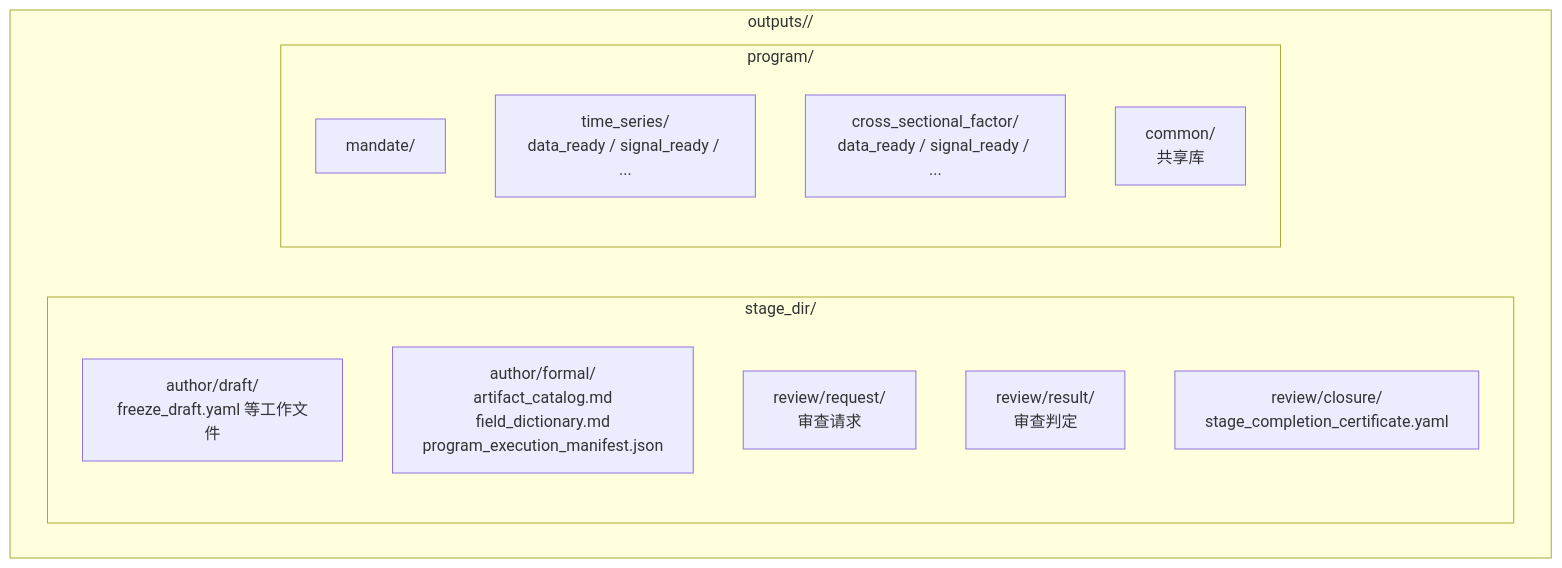
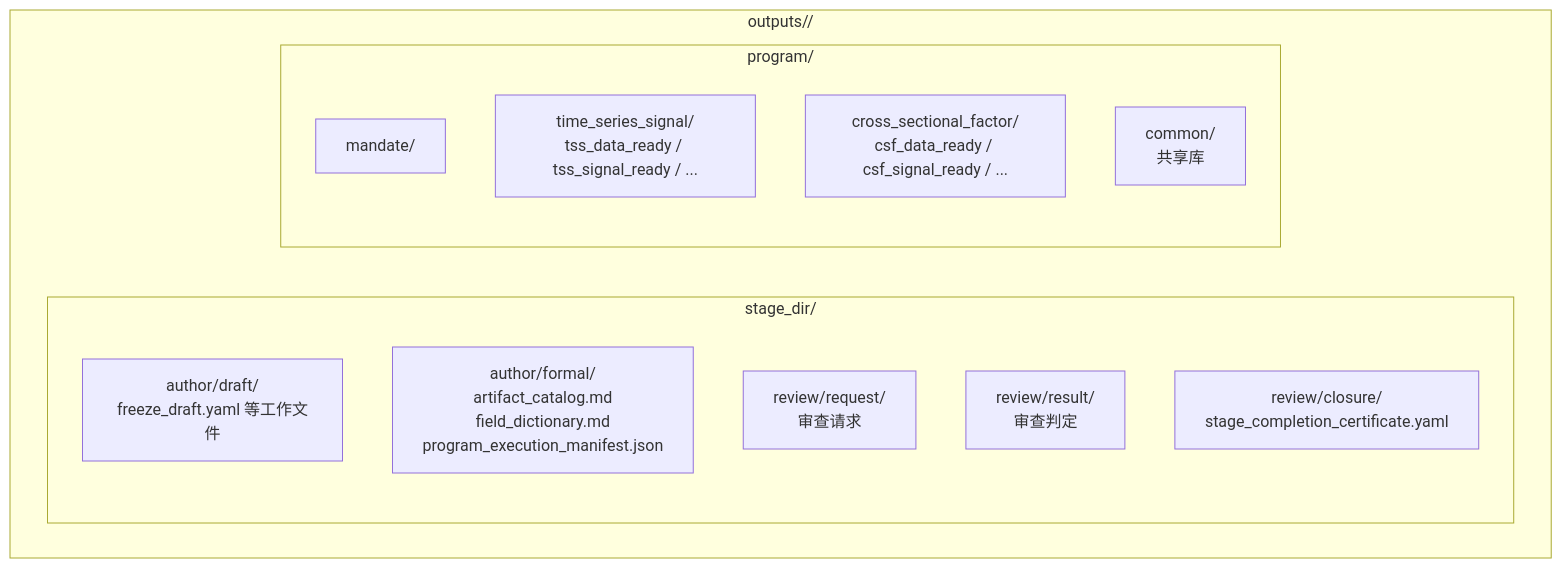
One commit to web3qt/quant-research-os changed the ninth of 10 diagrams in docs/guides/how-qros-works.md. Above: the diagram before and after it, drawn with Mermaid. The commit also changed other lines of this file and 38 other files, not shown here.

````diff
--- a/docs/guides/how-qros-works.md
+++ b/docs/guides/how-qros-works.md
@@ -319,18 +299,18 @@
 ```mermaid
 graph TB
     subgraph "outputs/<lineage_id>/"
         subgraph "stage_dir/"
             A["author/draft/<br/>freeze_draft.yaml 等工作文件"]
             B["author/formal/<br/>artifact_catalog.md<br/>field_dictionary.md<br/>program_execution_manifest.json"]
             C["review/request/<br/>审查请求"]
             D["review/result/<br/>审查判定"]
             E["review/closure/<br/>stage_completion_certificate.yaml"]
         end
         subgraph "program/"
             P1["mandate/"]
-            P2["time_series/<br/>data_ready / signal_ready / ..."]
-            P3["cross_sectional_factor/<br/>data_ready / signal_ready / ..."]
+            P2["time_series_signal/<br/>tss_data_ready / tss_signal_ready / ..."]
+            P3["cross_sectional_factor/<br/>csf_data_ready / csf_signal_ready / ..."]
             P4["common/<br/>共享库"]
         end
     end
 ```
````
